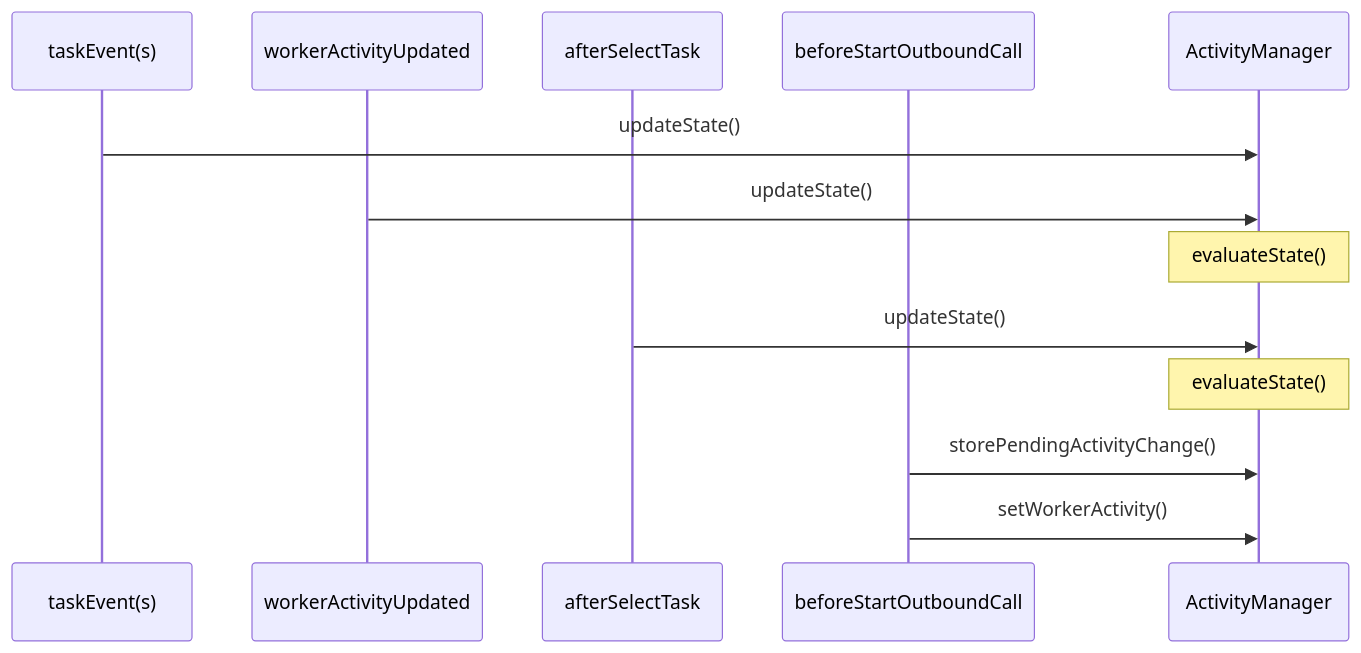
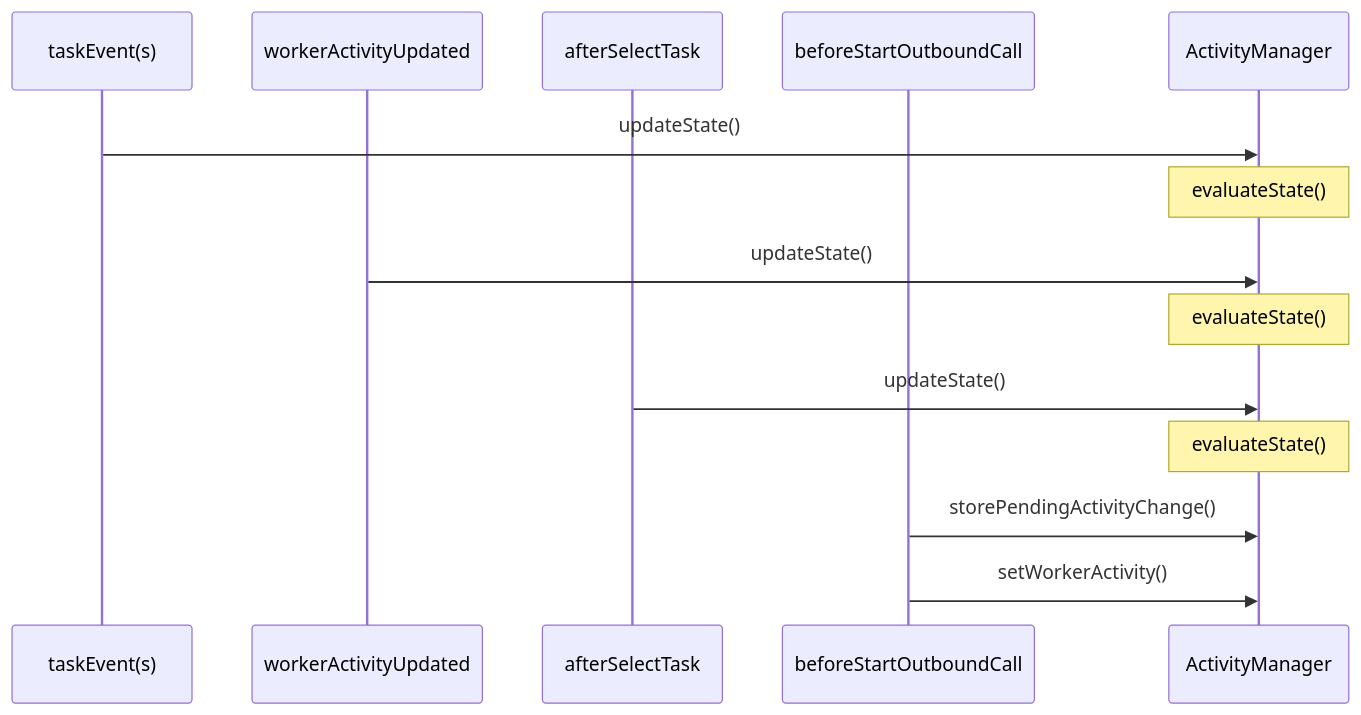
The diagram in docs/docs/feature-library/activity-reservation-handler.md (twilio-professional-services/flex-project-template), drawn with Mermaid before and after one commit.

````diff
--- a/docs/docs/feature-library/activity-reservation-handler.md
+++ b/docs/docs/feature-library/activity-reservation-handler.md
@@ -56,14 +56,15 @@
 ```mermaid
 sequenceDiagram
     participant taskEvent(s)
     participant workerActivityUpdated
     participant afterSelectTask
     participant beforeStartOutboundCall
     taskEvent(s)->>ActivityManager: updateState()
+    Note over ActivityManager: evaluateState()
     workerActivityUpdated->>ActivityManager: updateState()
     Note over ActivityManager: evaluateState()
     afterSelectTask->>ActivityManager: updateState()
     Note over ActivityManager: evaluateState()
     beforeStartOutboundCall->>ActivityManager: storePendingActivityChange()
     beforeStartOutboundCall->>ActivityManager: setWorkerActivity()
 ```
````
